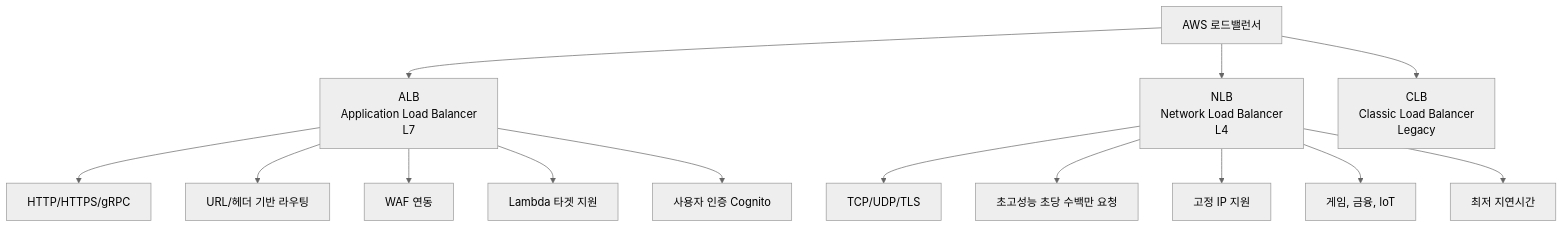
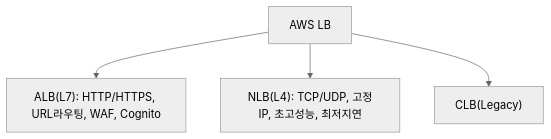
The fourth of 8 diagrams in _posts/network/2026-05-01-load-balancer.md (yjkim2015/yjkim2015.github.io), drawn with Mermaid (neutral theme) before and after one commit. The commit also changed other lines of this file and 215 other files, not shown here.

First line of the commit message:
신규 포스트 10개 추가 + Mermaid 전면 축소 + SystemDesign 시리즈 보강

````diff
--- a/_posts/network/2026-05-01-load-balancer.md
+++ b/_posts/network/2026-05-01-load-balancer.md
@@ -511,19 +509,6 @@
 ```mermaid
 graph TD
-    AWS["AWS 로드밸런서"]
-    AWS --> ALB["ALB\nApplication Load Balancer\nL7"]
-    AWS --> NLB["NLB\nNetwork Load Balancer\nL4"]
-    AWS --> CLB["CLB\nClassic Load Balancer\nLegacy"]
-
-    ALB --> A1["HTTP/HTTPS/gRPC"]
-    ALB --> A2["URL/헤더 기반 라우팅"]
-    ALB --> A3["WAF 연동"]
-    ALB --> A4["Lambda 타겟 지원"]
-    ALB --> A5["사용자 인증 Cognito"]
-
-    NLB --> N1["TCP/UDP/TLS"]
-    NLB --> N2["초고성능 초당 수백만 요청"]
-    NLB --> N3["고정 IP 지원"]
-    NLB --> N4["게임, 금융, IoT"]
-    NLB --> N5["최저 지연시간"]
+    AWS["AWS LB"] --> ALB["ALB(L7): HTTP/HTTPS, URL라우팅, WAF, Cognito"]
+    AWS --> NLB["NLB(L4): TCP/UDP, 고정IP, 초고성능, 최저지연"]
+    AWS --> CLB["CLB(Legacy)"]
 ```
````
